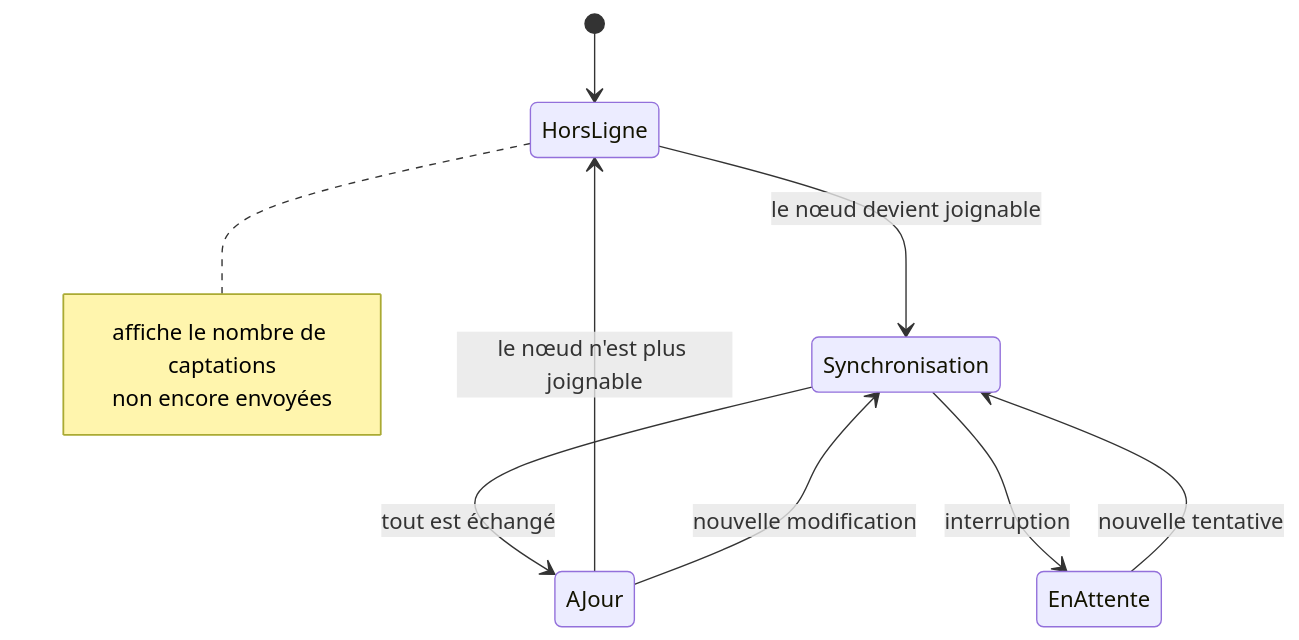
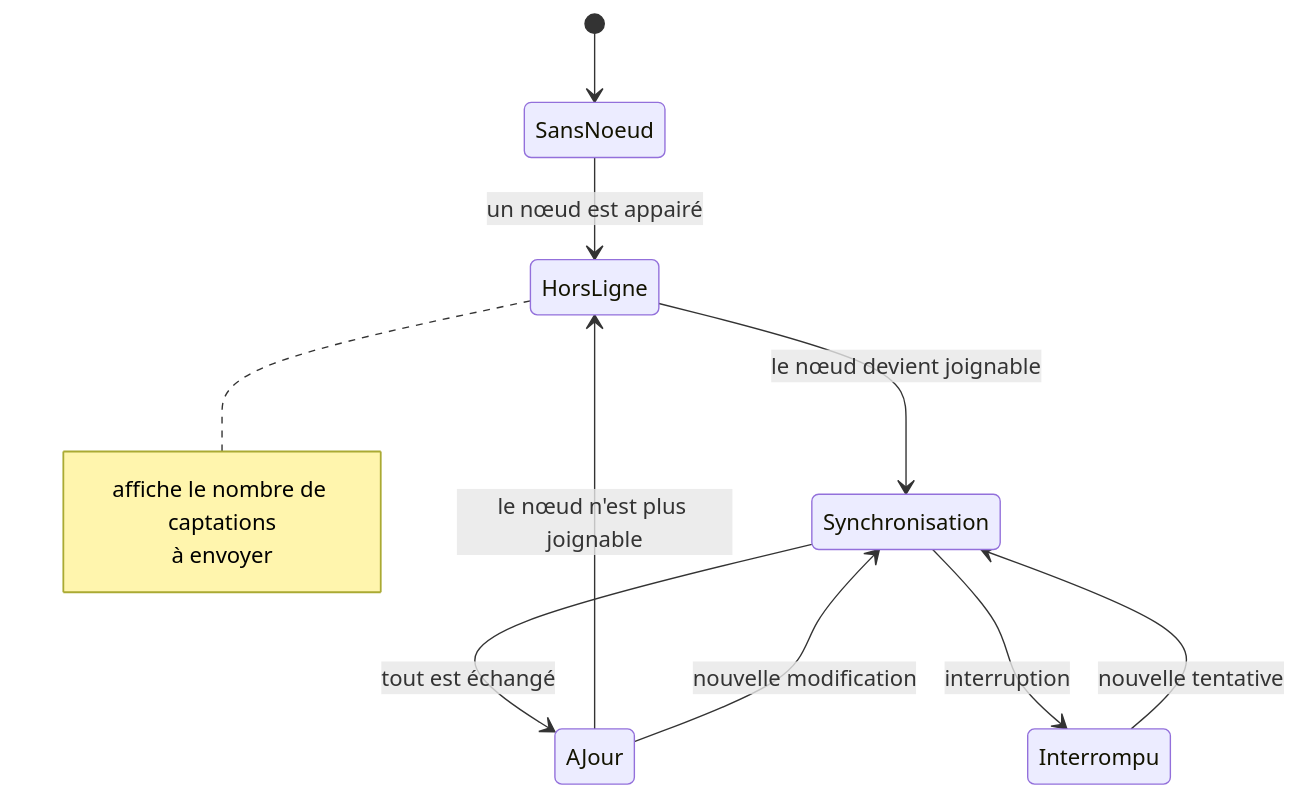
One commit to EdouardZemb/pupitre changed the sixth of 8 diagrams in docs/31-persistance-et-synchronisation.md. Above: the diagram before and after it, drawn with Mermaid. The commit also changed other lines of this file and 24 other files, not shown here.

````diff
--- a/docs/31-persistance-et-synchronisation.md
+++ b/docs/31-persistance-et-synchronisation.md
@@ -161,14 +514,15 @@
 ```mermaid
 stateDiagram-v2
-  [*] --> HorsLigne
+  [*] --> SansNoeud
+  SansNoeud --> HorsLigne: un nœud est appairé
   HorsLigne --> Synchronisation: le nœud devient joignable
   Synchronisation --> AJour: tout est échangé
-  Synchronisation --> EnAttente: interruption
-  EnAttente --> Synchronisation: nouvelle tentative
+  Synchronisation --> Interrompu: interruption
+  Interrompu --> Synchronisation: nouvelle tentative
   AJour --> HorsLigne: le nœud n'est plus joignable
   AJour --> Synchronisation: nouvelle modification
   note right of HorsLigne
     affiche le nombre de captations
-    non encore envoyées
+    à envoyer
   end note
 ```
````
